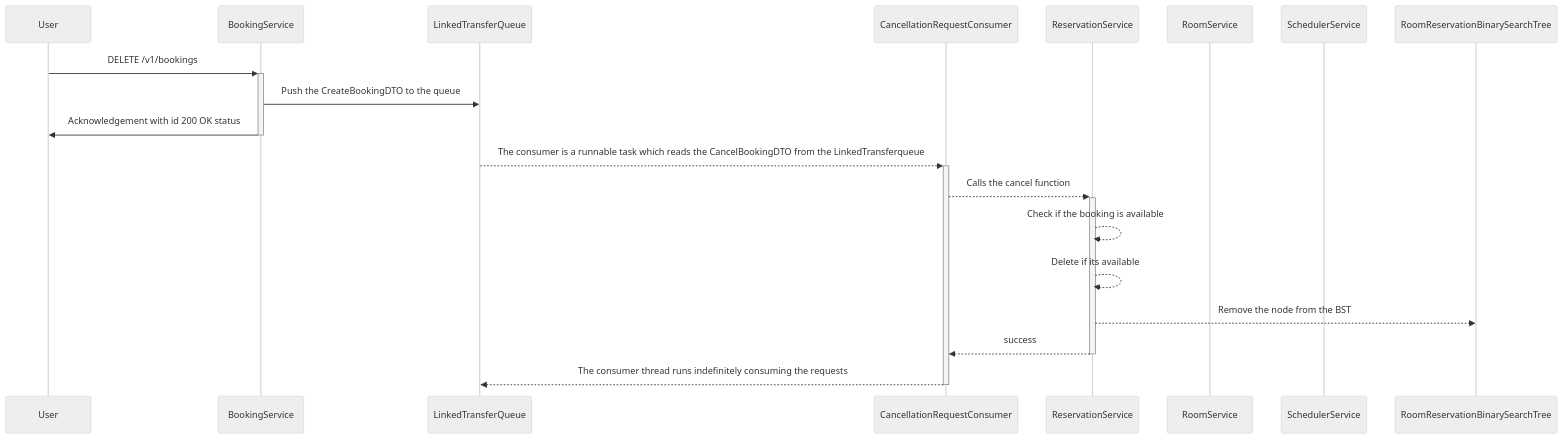
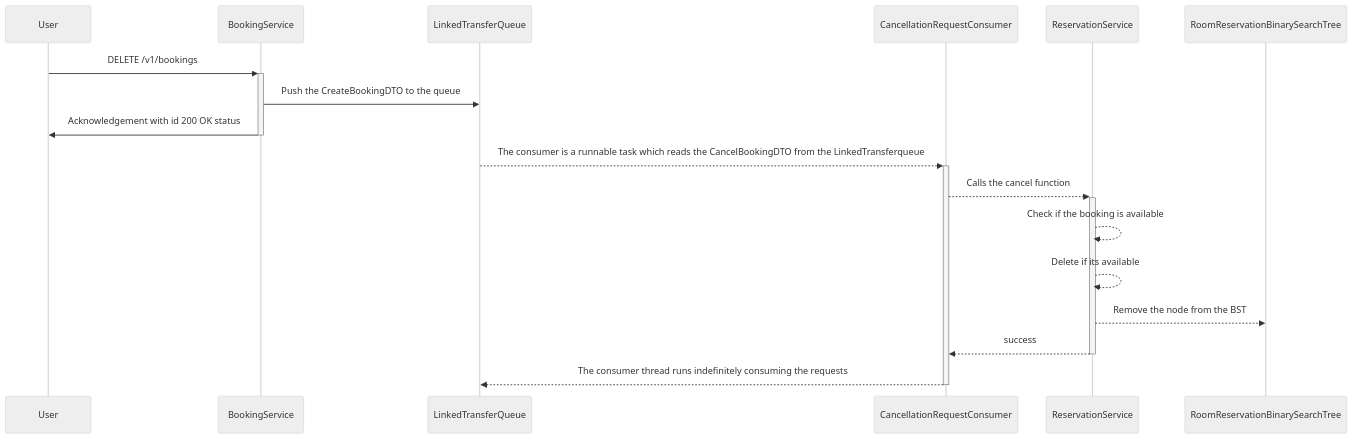
Before and after one commit to shobhakamath/conference-booking-service: the second of 3 diagrams in README.md, drawn with Mermaid (neutral theme).

Commit message:
Update README : remove the non participating services from delete booking

````diff
--- a/README.md
+++ b/README.md
@@ -88,25 +88,23 @@
 ```mermaid
 sequenceDiagram
     participant User
     participant BookingService
     participant ConcurrentQueue as LinkedTransferQueue
     participant CancellationRequestConsumer
     participant ReservationService
-    participant RoomService
-    participant SchedulerService
     participant RoomReservationBinarySearchTree
 
     
     
     User->>+BookingService: DELETE /v1/bookings
         BookingService->>ConcurrentQueue: Push the CreateBookingDTO to the queue
     BookingService->>-User: Acknowledgement with id 200 OK status
     ConcurrentQueue-->>+CancellationRequestConsumer: The consumer is a runnable task which reads the CancelBookingDTO from the LinkedTransferqueue
         CancellationRequestConsumer-->>+ReservationService: Calls the cancel function
         ReservationService-->>ReservationService: Check if the booking is available
         ReservationService-->>ReservationService: Delete if its available
         ReservationService-->>RoomReservationBinarySearchTree: Remove the node from the BST 
     ReservationService-->>-CancellationRequestConsumer: success
 CancellationRequestConsumer-->>-ConcurrentQueue: The consumer thread runs indefinitely consuming the requests
     
 ```
````
